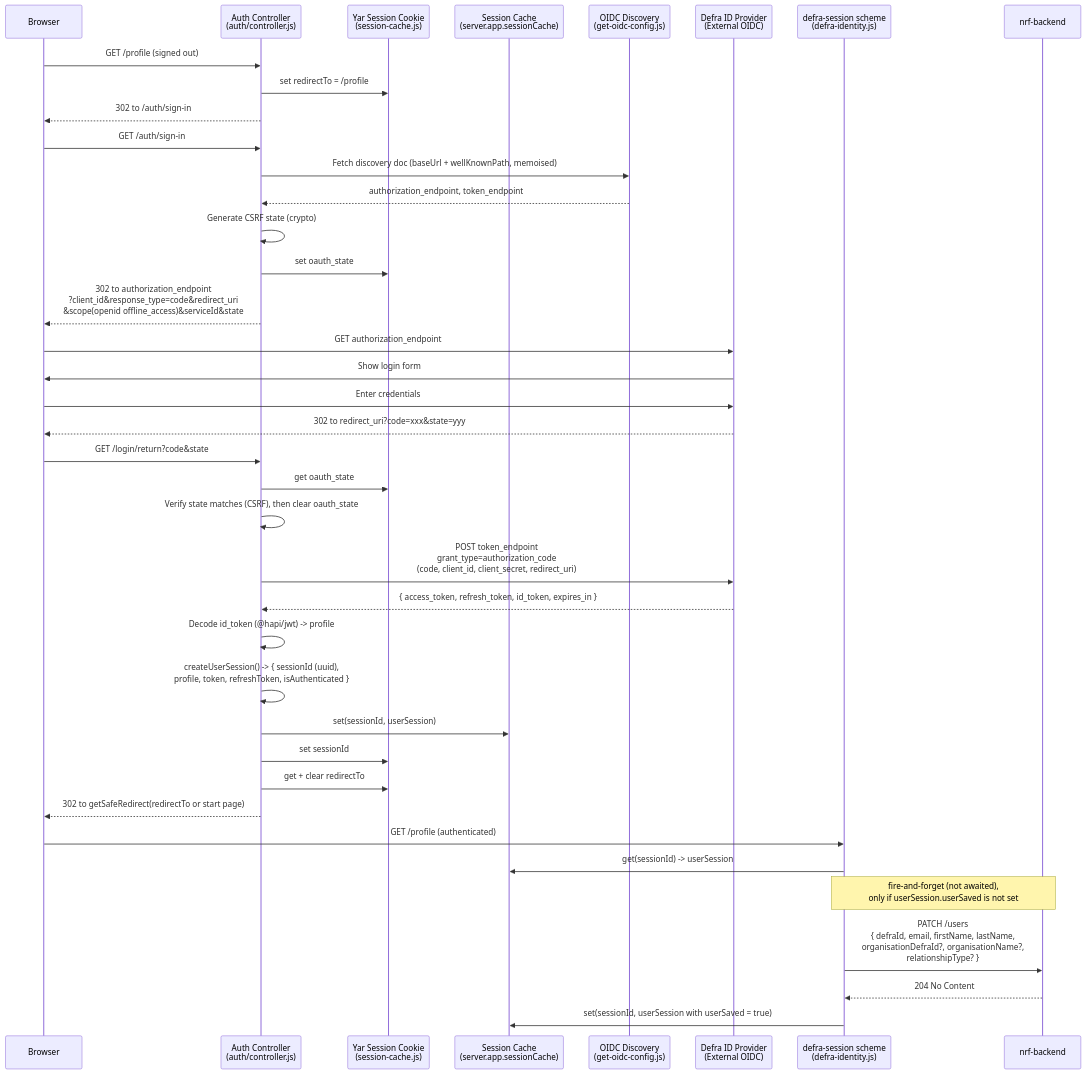
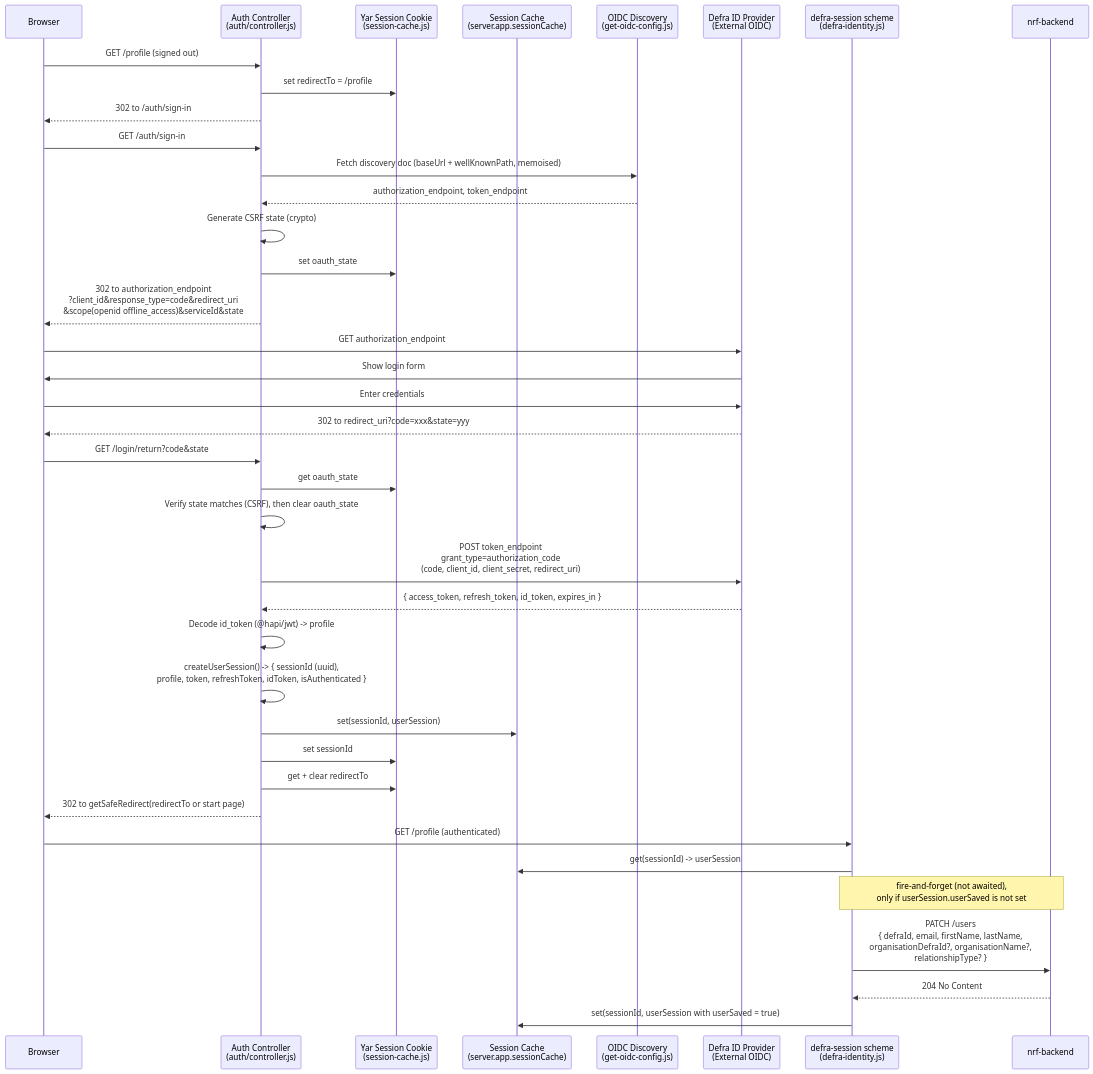
Before and after one commit to DEFRA/nrf-solution: the diagram in docs/features/authentication/defra-id/sign-in-flow.mermaid, drawn with Mermaid. The commit also changed 8 other files, not shown here.

```diff
--- a/docs/features/authentication/defra-id/sign-in-flow.mermaid
+++ b/docs/features/authentication/defra-id/sign-in-flow.mermaid
@@ -1,49 +1,49 @@
 sequenceDiagram
     participant Browser
     participant Ctrl as Auth Controller<br/>(auth/controller.js)
     participant Yar as Yar Session Cookie<br/>(session-cache.js)
     participant Cache as Session Cache<br/>(server.app.sessionCache)
     participant OIDC as OIDC Discovery<br/>(get-oidc-config.js)
     participant DefraID as Defra ID Provider<br/>(External OIDC)
     participant Strategy as defra-session scheme<br/>(defra-identity.js)
     participant Backend as nrf-backend
 
     %% Signed-out GET for a protected route (redirect-to-sign-in.js onPreHandler)
     Browser->>Ctrl: GET /profile (signed out)
     Ctrl->>Yar: set redirectTo = /profile
     Ctrl-->>Browser: 302 to /auth/sign-in
 
     %% Start OAuth (hand-rolled authorize redirect)
     Browser->>Ctrl: GET /auth/sign-in
     Ctrl->>OIDC: Fetch discovery doc (baseUrl + wellKnownPath, memoised)
     OIDC-->>Ctrl: authorization_endpoint, token_endpoint
     Ctrl->>Ctrl: Generate CSRF state (crypto)
     Ctrl->>Yar: set oauth_state
     Ctrl-->>Browser: 302 to authorization_endpoint<br/>?client_id&response_type=code&redirect_uri<br/>&scope(openid offline_access)&serviceId&state
     Browser->>DefraID: GET authorization_endpoint
 
     %% External authentication
     DefraID->>Browser: Show login form
     Browser->>DefraID: Enter credentials
     DefraID-->>Browser: 302 to redirect_uri?code=xxx&state=yyy
 
     %% Callback
     Browser->>Ctrl: GET /login/return?code&state
     Ctrl->>Yar: get oauth_state
     Ctrl->>Ctrl: Verify state matches (CSRF), then clear oauth_state
     Ctrl->>DefraID: POST token_endpoint<br/>grant_type=authorization_code<br/>(code, client_id, client_secret, redirect_uri)
     DefraID-->>Ctrl: { access_token, refresh_token, id_token, expires_in }
     Ctrl->>Ctrl: Decode id_token (@hapi/jwt) -> profile
-    Ctrl->>Ctrl: createUserSession() -> { sessionId (uuid),<br/>profile, token, refreshToken, isAuthenticated }
+    Ctrl->>Ctrl: createUserSession() -> { sessionId (uuid),<br/>profile, token, refreshToken, idToken, isAuthenticated }
     Ctrl->>Cache: set(sessionId, userSession)
     Ctrl->>Yar: set sessionId
     Ctrl->>Yar: get + clear redirectTo
     Ctrl-->>Browser: 302 to getSafeRedirect(redirectTo or start page)
 
     %% First authenticated request after sign-in (defra-identity.js authenticate)
     Browser->>Strategy: GET /profile (authenticated)
     Strategy->>Cache: get(sessionId) -> userSession
     Note over Strategy,Backend: fire-and-forget (not awaited),<br/>only if userSession.userSaved is not set
     Strategy->>Backend: PATCH /users<br/>{ defraId, email, firstName, lastName,<br/>organisationDefraId?, organisationName?,<br/>relationshipType? }
     Backend-->>Strategy: 204 No Content
     Strategy->>Cache: set(sessionId, userSession with userSaved = true)
```
